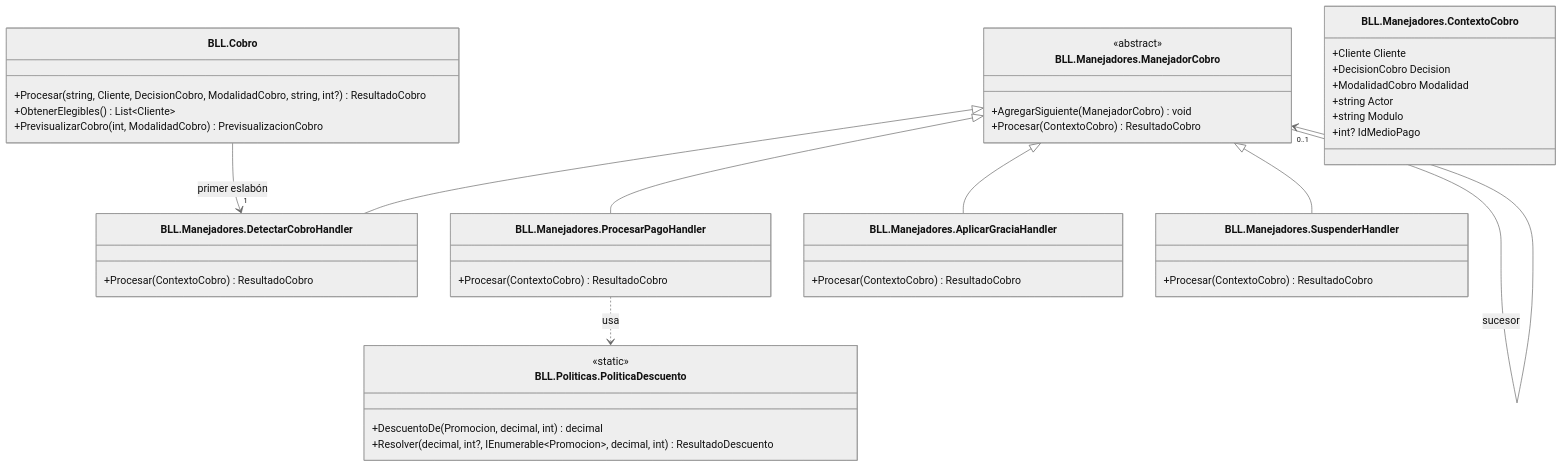
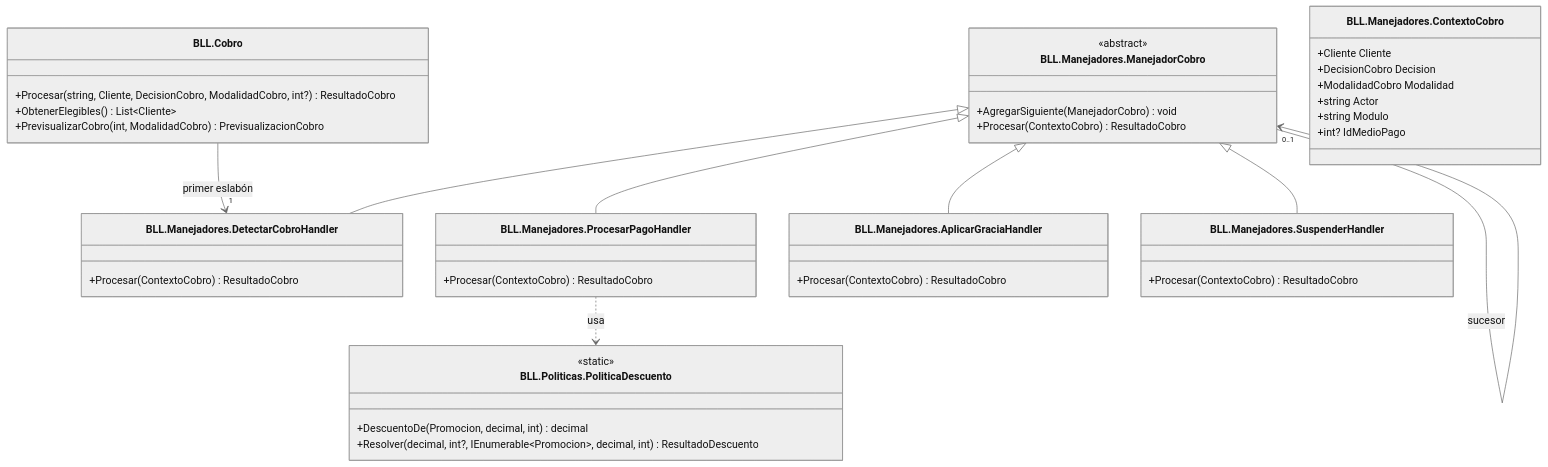
The diagram in docs/diagramas/mermaid/CLASES_patron_chain_cobro.mmd (valentinamorana/Trabajo-de-Diploma), drawn with Mermaid (neutral theme) before and after one commit. The commit also changed 46 other files, not shown here.

```diff
--- a/docs/diagramas/mermaid/CLASES_patron_chain_cobro.mmd
+++ b/docs/diagramas/mermaid/CLASES_patron_chain_cobro.mmd
@@ -1,44 +1,44 @@
 classDiagram
   direction TB
   class BLL_Cobro["BLL.Cobro"] {
-    +Procesar(string,  Cliente,  DecisionCobro,  ModalidadCobro,  string,  int?) ResultadoCobro
+    +Procesar(string,  Cliente,  DecisionCobro,  ModalidadCobro,  int?) ResultadoCobro
     +ObtenerElegibles() List~Cliente~
     +PrevisualizarCobro(int,  ModalidadCobro) PrevisualizacionCobro
   }
   class BLL_Manejadores_ManejadorCobro["BLL.Manejadores.ManejadorCobro"] {
     <<abstract>>
     +AgregarSiguiente(ManejadorCobro) void
     +Procesar(ContextoCobro) ResultadoCobro
   }
   class BLL_Manejadores_DetectarCobroHandler["BLL.Manejadores.DetectarCobroHandler"] {
     +Procesar(ContextoCobro) ResultadoCobro
   }
   class BLL_Manejadores_ProcesarPagoHandler["BLL.Manejadores.ProcesarPagoHandler"] {
     +Procesar(ContextoCobro) ResultadoCobro
   }
   class BLL_Manejadores_AplicarGraciaHandler["BLL.Manejadores.AplicarGraciaHandler"] {
     +Procesar(ContextoCobro) ResultadoCobro
   }
   class BLL_Manejadores_SuspenderHandler["BLL.Manejadores.SuspenderHandler"] {
     +Procesar(ContextoCobro) ResultadoCobro
   }
   class BLL_Manejadores_ContextoCobro["BLL.Manejadores.ContextoCobro"] {
     +Cliente Cliente
     +DecisionCobro Decision
     +ModalidadCobro Modalidad
     +string Actor
     +string Modulo
     +int? IdMedioPago
   }
   class BLL_Politicas_PoliticaDescuento["BLL.Politicas.PoliticaDescuento"] {
     <<static>>
     +DescuentoDe(Promocion,  decimal,  int) decimal
     +Resolver(decimal,  int?,  IEnumerable~Promocion~,  decimal,  int) ResultadoDescuento
   }
   BLL_Manejadores_ManejadorCobro <|-- BLL_Manejadores_DetectarCobroHandler
   BLL_Manejadores_ManejadorCobro <|-- BLL_Manejadores_ProcesarPagoHandler
   BLL_Manejadores_ManejadorCobro <|-- BLL_Manejadores_AplicarGraciaHandler
   BLL_Manejadores_ManejadorCobro <|-- BLL_Manejadores_SuspenderHandler
   BLL_Cobro --> "1" BLL_Manejadores_DetectarCobroHandler : primer eslabón
   BLL_Manejadores_ManejadorCobro --> "0..1" BLL_Manejadores_ManejadorCobro : sucesor
   BLL_Manejadores_ProcesarPagoHandler ..> BLL_Politicas_PoliticaDescuento : usa
```
